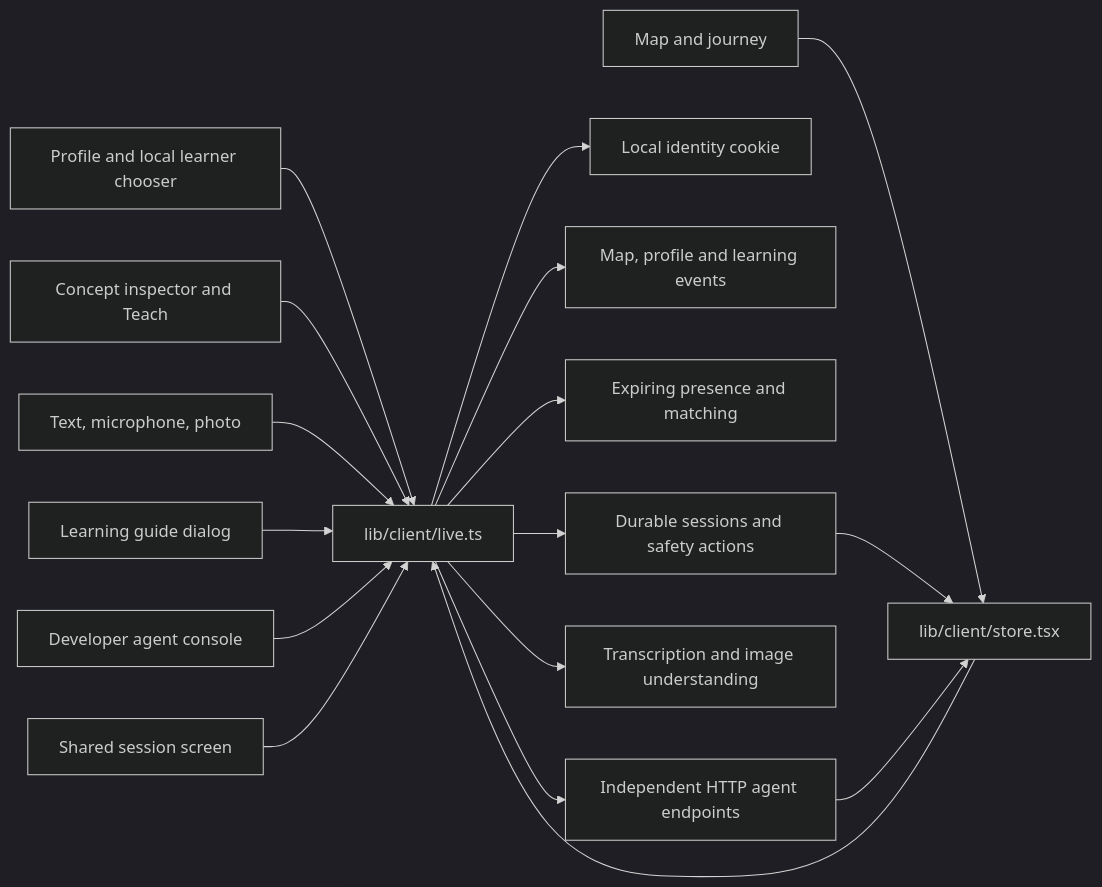
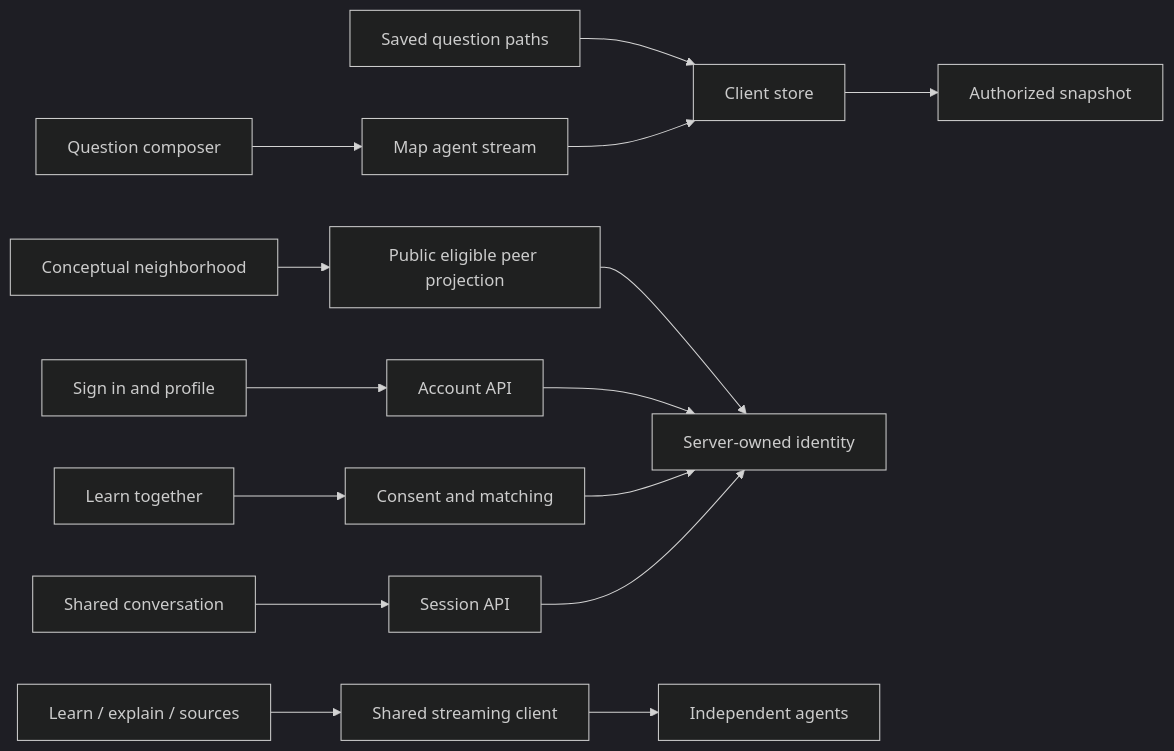
One commit to manpinder-png/further changed the diagram in docs/ui/README.md. Above: the diagram before and after it, drawn with Mermaid (dark theme). The commit also changed other lines of this file and 171 other files, not shown here.

````diff
--- a/docs/ui/README.md
+++ b/docs/ui/README.md
@@ -17,19 +28,17 @@
 ```mermaid
 flowchart LR
-  Profile[Profile and local learner chooser] --> Client[lib/client/live.ts]
-  Map[Map and journey] --> Store[lib/client/store.tsx]
-  Inspector[Concept inspector and Teach] --> Client
-  Curiosity[Text, microphone, photo] --> Client
-  Guide[Learning guide dialog] --> Client
-  Console[Developer agent console] --> Client
-  Room[Shared session screen] --> Client
-  Store --> Client
-  Client --> Identity[Local identity cookie]
-  Client --> Bootstrap[Map, profile and learning events]
-  Client --> Presence[Expiring presence and matching]
-  Client --> Agents[Independent HTTP agent endpoints]
-  Client --> Media[Transcription and image understanding]
-  Client --> Rooms[Durable sessions and safety actions]
-  Rooms --> Store
-  Agents --> Store
+  Account[Sign in and profile] --> Auth[Account API]
+  Question[Question composer] --> Expansion[Map agent stream]
+  Paths[Saved question paths] --> Store[Client store]
+  Lesson[Learn / explain / sources] --> Stream[Shared streaming client]
+  People[Learn together] --> Match[Consent and matching]
+  Geomind[Conceptual neighborhood] --> Discovery[Public eligible peer projection]
+  Discovery --> Identity
+  Room[Shared conversation] --> Session[Session API]
+  Auth --> Identity[Server-owned identity]
+  Expansion --> Store
+  Stream --> Agents[Independent agents]
+  Store --> Snapshot[Authorized snapshot]
+  Match --> Identity
+  Session --> Identity
 ```
````
